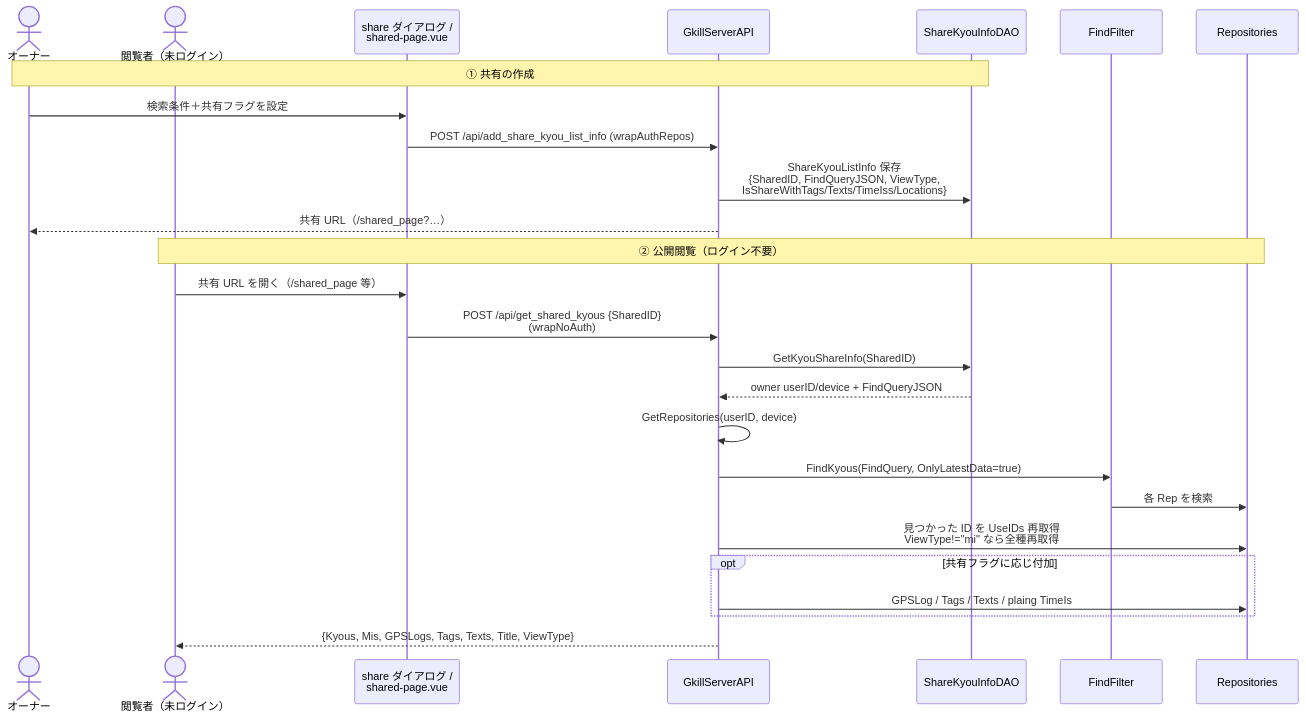
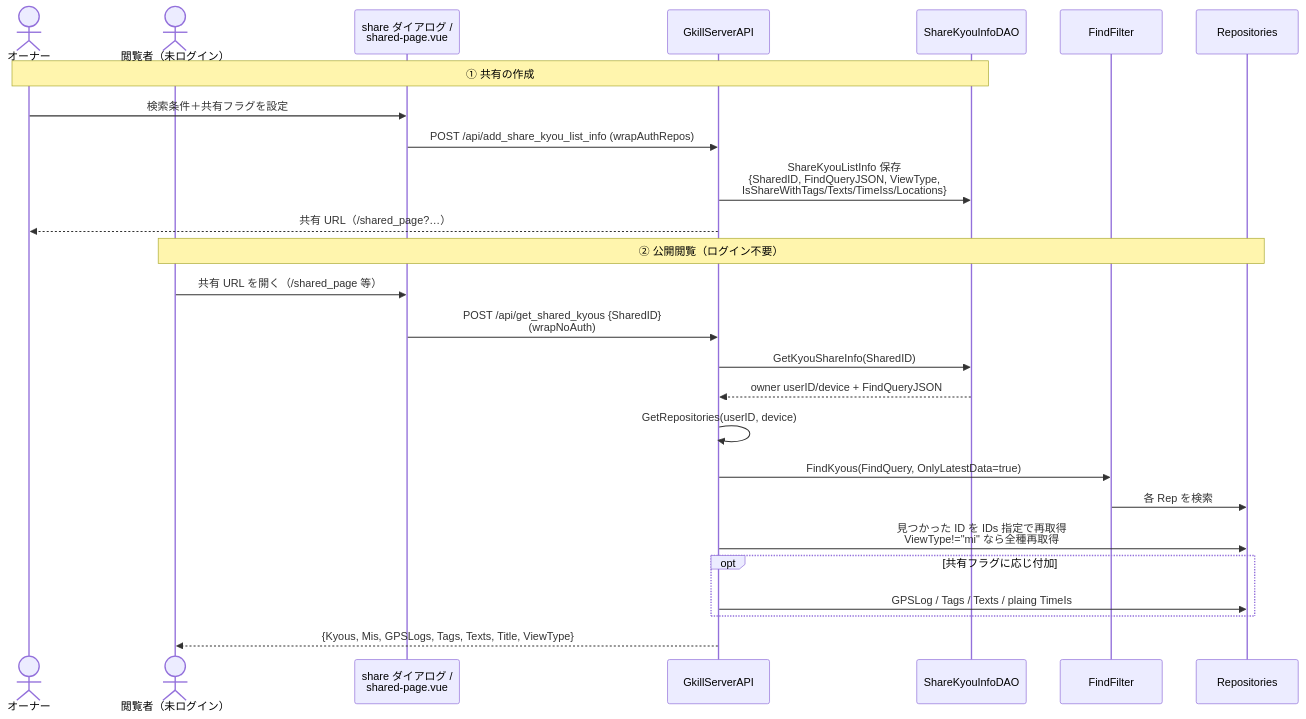
Diagram 19 of 25 in documents/reverse/scenario.md (mt3hr/gkill), drawn with Mermaid before and after one commit. The commit also changed other lines of this file and 71 other files, not shown here.

````diff
--- a/documents/reverse/scenario.md
+++ b/documents/reverse/scenario.md
@@ -608,30 +608,30 @@
 ```mermaid
 sequenceDiagram
     actor Owner as オーナー
     actor Friend as 閲覧者（未ログイン）
     participant UI as share ダイアログ /<br>shared-page.vue
     participant API as GkillServerAPI
     participant SDAO as ShareKyouInfoDAO
     participant FF as FindFilter
     participant Reps as Repositories
 
     Note over Owner,SDAO: ① 共有の作成
     Owner->>UI: 検索条件＋共有フラグを設定
     UI->>API: POST /api/add_share_kyou_list_info (wrapAuthRepos)
     API->>SDAO: ShareKyouListInfo 保存<br>{SharedID, FindQueryJSON, ViewType,<br>IsShareWithTags/Texts/TimeIss/Locations}
     API-->>Owner: 共有 URL（/shared_page?…）
 
     Note over Friend,Reps: ② 公開閲覧（ログイン不要）
     Friend->>UI: 共有 URL を開く（/shared_page 等）
     UI->>API: POST /api/get_shared_kyous {SharedID}<br>(wrapNoAuth)
     API->>SDAO: GetKyouShareInfo(SharedID)
     SDAO-->>API: owner userID/device + FindQueryJSON
     API->>API: GetRepositories(userID, device)
     API->>FF: FindKyous(FindQuery, OnlyLatestData=true)
     FF->>Reps: 各 Rep を検索
-    API->>Reps: 見つかった ID を UseIDs 再取得<br>ViewType!="mi" なら全種再取得
+    API->>Reps: 見つかった ID を IDs 指定で再取得<br>ViewType!="mi" なら全種再取得
     opt 共有フラグに応じ付加
         API->>Reps: GPSLog / Tags / Texts / plaing TimeIs
     end
     API-->>Friend: {Kyous, Mis, GPSLogs, Tags, Texts, Title, ViewType}
 ```
````
